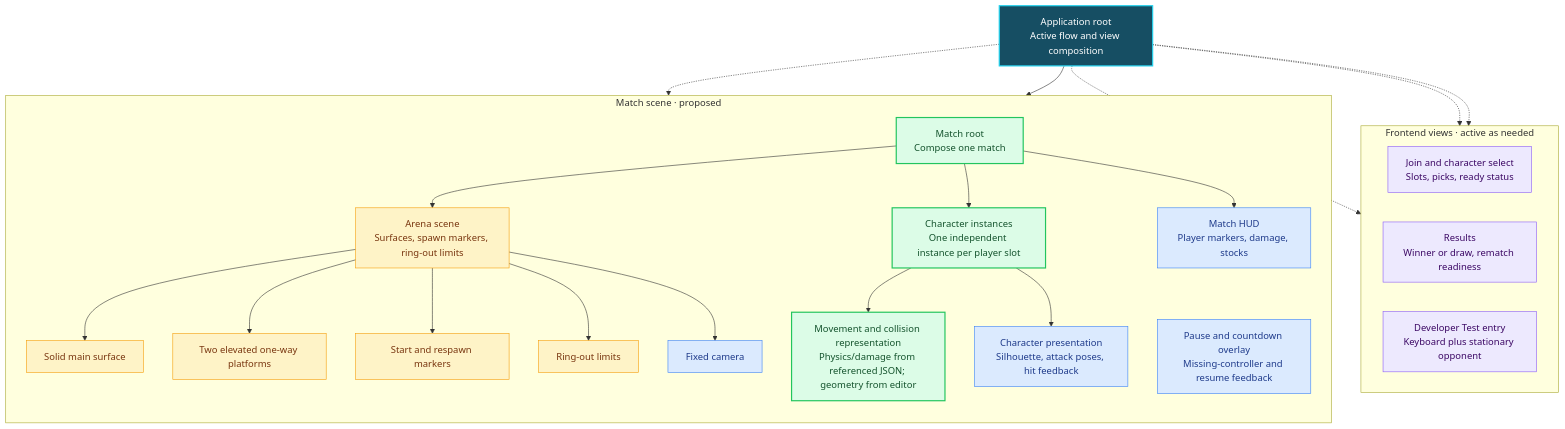
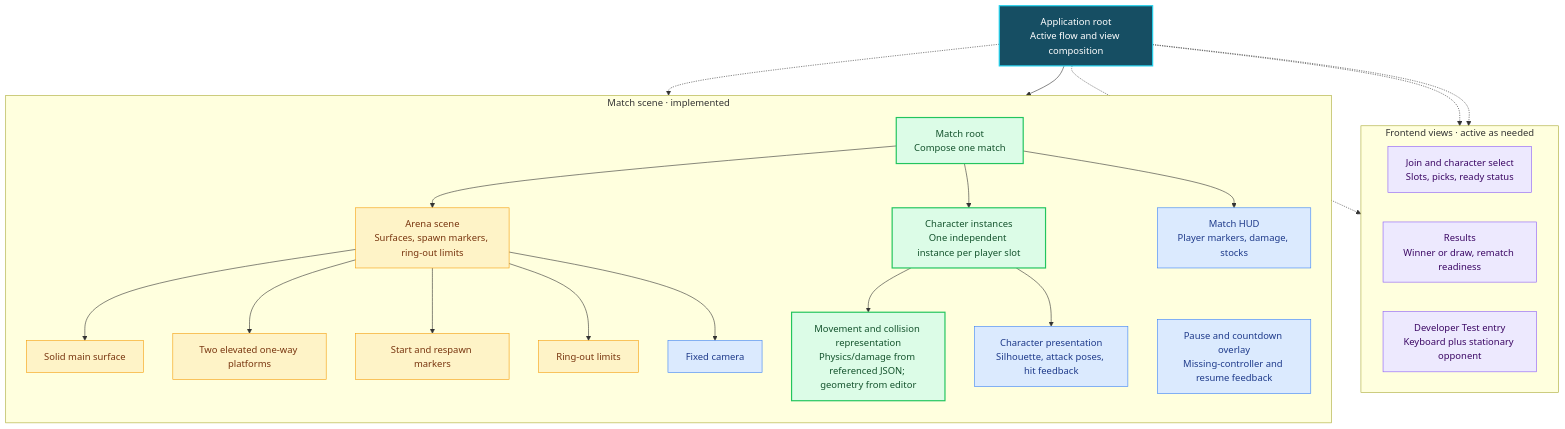
One commit to Fusion2k/smash-fight changed the first of 2 diagrams in docs/architecture/scene-map.md. Above: the diagram before and after it, drawn with Mermaid. The commit also changed other lines of this file and 4 other files, not shown here.

````diff
--- a/docs/architecture/scene-map.md
+++ b/docs/architecture/scene-map.md
@@ -11,54 +11,54 @@
 ```mermaid
 flowchart TB
     App["Application root<br/>Active flow and view composition"]
 
     subgraph Frontend["Frontend views · active as needed"]
         direction LR
         Join["Join and character select<br/>Slots, picks, ready status"]
         Results["Results<br/>Winner or draw, rematch readiness"]
         Dev["Developer Test entry<br/>Keyboard plus stationary opponent"]
     end
 
-    subgraph Gameplay["Match scene · proposed"]
+    subgraph Gameplay["Match scene · implemented"]
         direction TB
         Match["Match root<br/>Compose one match"]
         Arena["Arena scene<br/>Surfaces, spawn markers, ring-out limits"]
         Characters["Character instances<br/>One independent instance per player slot"]
         HUD["Match HUD<br/>Player markers, damage, stocks"]
         Overlay["Pause and countdown overlay<br/>Missing-controller and resume feedback"]
         Match --> Arena
         Match --> Characters
         Match --> HUD
         Main["Solid main surface"]
         Platforms["Two elevated one-way platforms"]
         Markers["Start and respawn markers"]
         Limits["Ring-out limits"]
         Camera["Fixed camera"]
         Arena --> Main
         Arena --> Platforms
         Arena --> Markers
         Arena --> Limits
         Arena --> Camera
         Body["Movement and collision representation<br/>Physics/damage from referenced JSON; geometry from editor"]
         Visual["Character presentation<br/>Silhouette, attack poses, hit feedback"]
         Characters --> Body
         Characters --> Visual
     end
 
     App -.-> Join
     App -.-> Results
     App -.-> Dev
     App -.-> Match
     App --> Overlay
 
     classDef application fill:#164e63,color:#ffffff,stroke:#22d3ee,stroke-width:2px;
     classDef flow fill:#ede9fe,color:#3b0764,stroke:#8b5cf6;
     classDef gameplay fill:#dcfce7,color:#14532d,stroke:#22c55e,stroke-width:2px;
     classDef content fill:#fef3c7,color:#78350f,stroke:#f59e0b;
     classDef presentation fill:#dbeafe,color:#1e3a8a,stroke:#3b82f6;
     class App application;
     class Join,Results,Dev flow;
     class Match,Characters,Body gameplay;
     class Arena,Main,Platforms,Markers,Limits content;
     class HUD,Overlay,Camera,Visual presentation;
 ```
````
